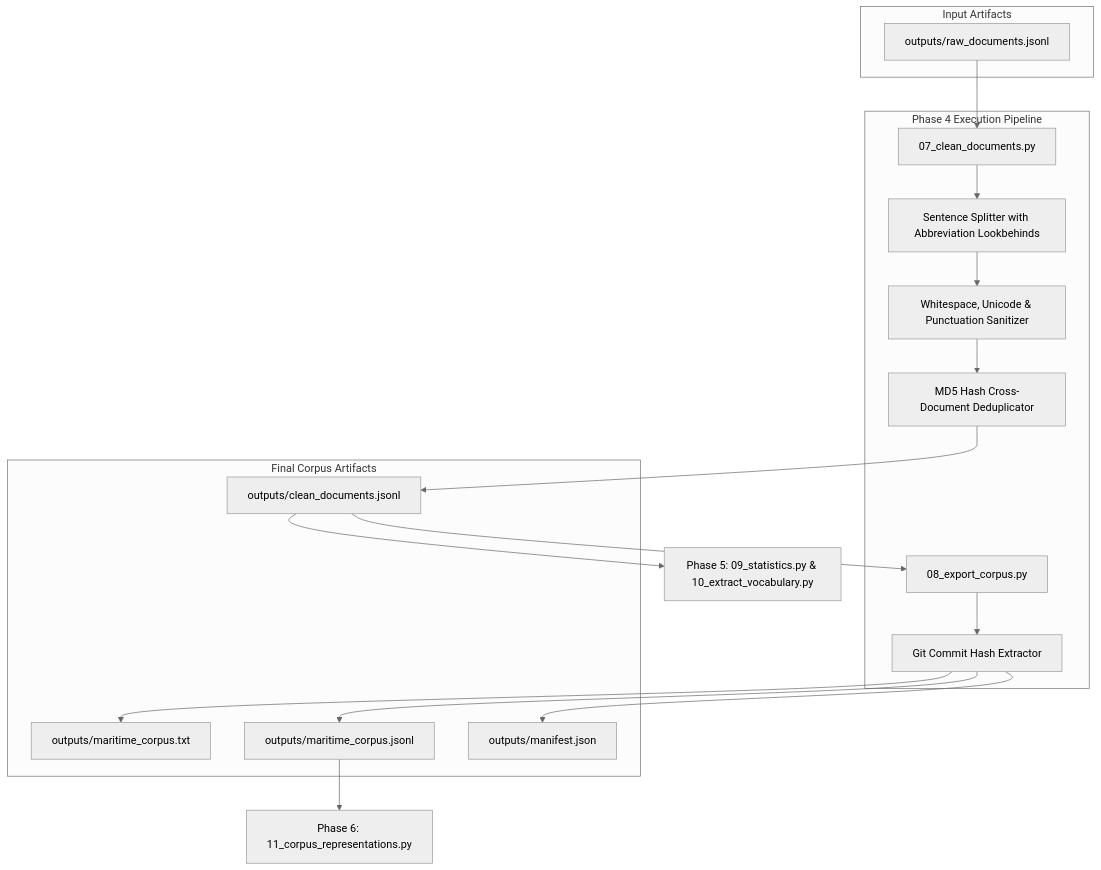
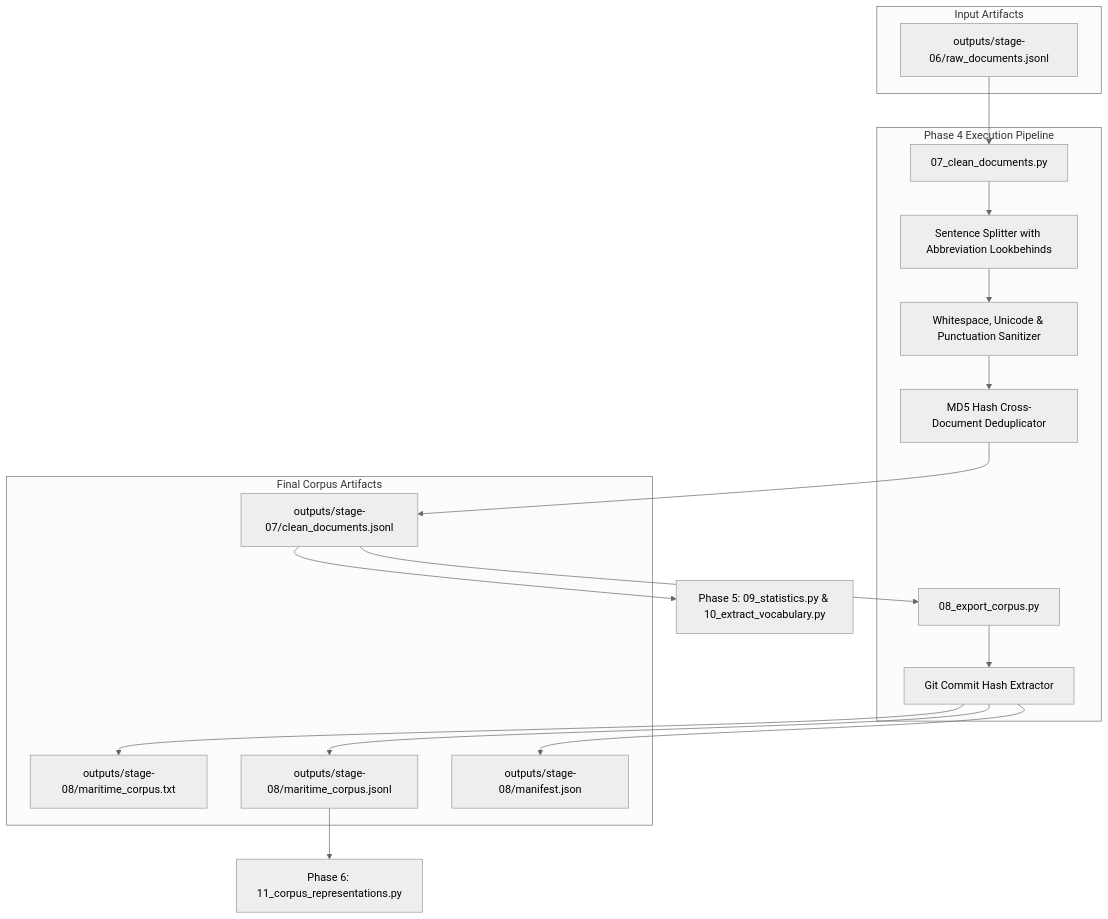
One commit to AbhishekYadav2207/TSBC-MaritimePipeline-PR changed the diagram in documentation/04_phase4_corpus_cleaning_and_export.md. Above: the diagram before and after it, drawn with Mermaid (neutral theme). The commit also changed other lines of this file and 18 other files, not shown here.

````diff
--- a/documentation/04_phase4_corpus_cleaning_and_export.md
+++ b/documentation/04_phase4_corpus_cleaning_and_export.md
@@ -14,35 +14,35 @@
 ```mermaid
 flowchart TD
     subgraph Inputs ["Input Artifacts"]
-        RawDocs["outputs/raw_documents.jsonl"]
+        RawDocs["outputs/stage-06/raw_documents.jsonl"]
     end
 
     subgraph Processing ["Phase 4 Execution Pipeline"]
         S07["07_clean_documents.py"]
         AbbrevSplitter["Sentence Splitter with Abbreviation Lookbehinds"]
         CleanEngine["Whitespace, Unicode & Punctuation Sanitizer"]
         MD5Dedup["MD5 Hash Cross-Document Deduplicator"]
         S08["08_export_corpus.py"]
         GitCommit["Git Commit Hash Extractor"]
     end
 
     subgraph Outputs ["Final Corpus Artifacts"]
-        CleanDocs["outputs/clean_documents.jsonl"]
-        CorpusTXT["outputs/maritime_corpus.txt"]
-        CorpusJSONL["outputs/maritime_corpus.jsonl"]
-        ManifestJSON["outputs/manifest.json"]
+        CleanDocs["outputs/stage-07/clean_documents.jsonl"]
+        CorpusTXT["outputs/stage-08/maritime_corpus.txt"]
+        CorpusJSONL["outputs/stage-08/maritime_corpus.jsonl"]
+        ManifestJSON["outputs/stage-08/manifest.json"]
     end
 
     RawDocs --> S07
     S07 --> AbbrevSplitter
     AbbrevSplitter --> CleanEngine
     CleanEngine --> MD5Dedup
     MD5Dedup --> CleanDocs
 
     CleanDocs --> S08
     S08 --> GitCommit
     GitCommit --> CorpusTXT & CorpusJSONL & ManifestJSON
 
     CleanDocs --> NextPhase5["Phase 5: 09_statistics.py & 10_extract_vocabulary.py"]
     CorpusJSONL --> NextPhase6["Phase 6: 11_corpus_representations.py"]
 ```
````
